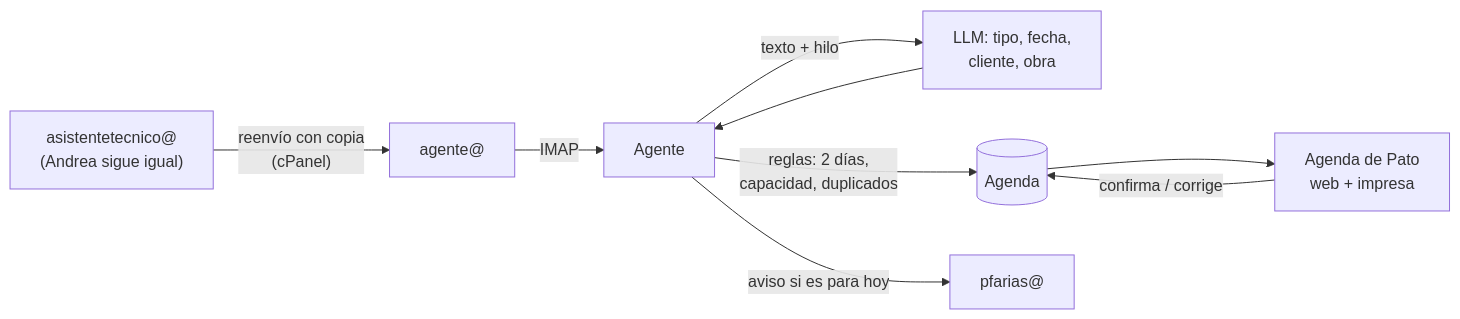
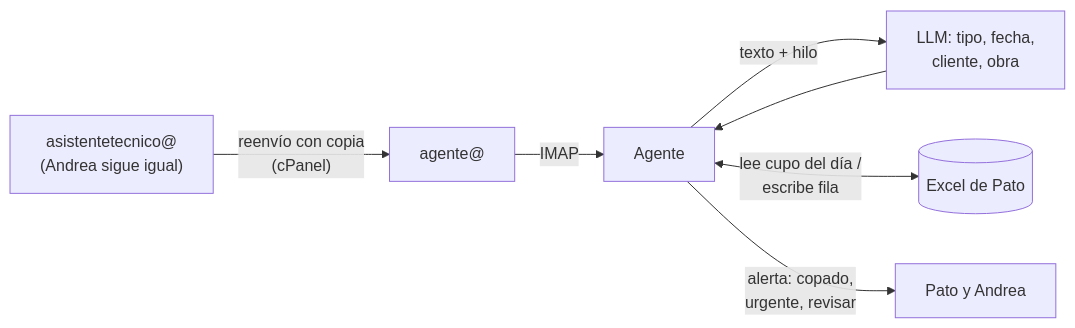
The diagram in docs/02-propuesta.md (zhbozzo/alzatec), drawn with Mermaid before and after one commit. The commit also changed other lines of this file and 4 other files, not shown here.

First line of the commit message:
Agenda en el Excel de Pato con alerta de día copado

````diff
--- a/docs/02-propuesta.md
+++ b/docs/02-propuesta.md
@@ -18,11 +23,9 @@
 ```mermaid
 flowchart LR
   AT["asistentetecnico@<br/>(Andrea sigue igual)"] -->|"reenvío con copia<br/>(cPanel)"| AG["agente@"]
   AG -->|IMAP| W[Agente]
   W -->|"texto + hilo"| IA["LLM: tipo, fecha,<br/>cliente, obra"]
   IA --> W
-  W -->|"reglas: 2 días,<br/>capacidad, duplicados"| DB[("Agenda")]
-  DB --> P["Agenda de Pato<br/>web + impresa"]
-  P -->|"confirma / corrige"| DB
-  W -->|"aviso si es para hoy"| PA["pfarias@"]
+  W <-->|"lee cupo del día /<br/>escribe fila"| XL[("Excel de Pato")]
+  W -->|"alerta: copado,<br/>urgente, revisar"| PA["Pato y Andrea"]
 ```
````
